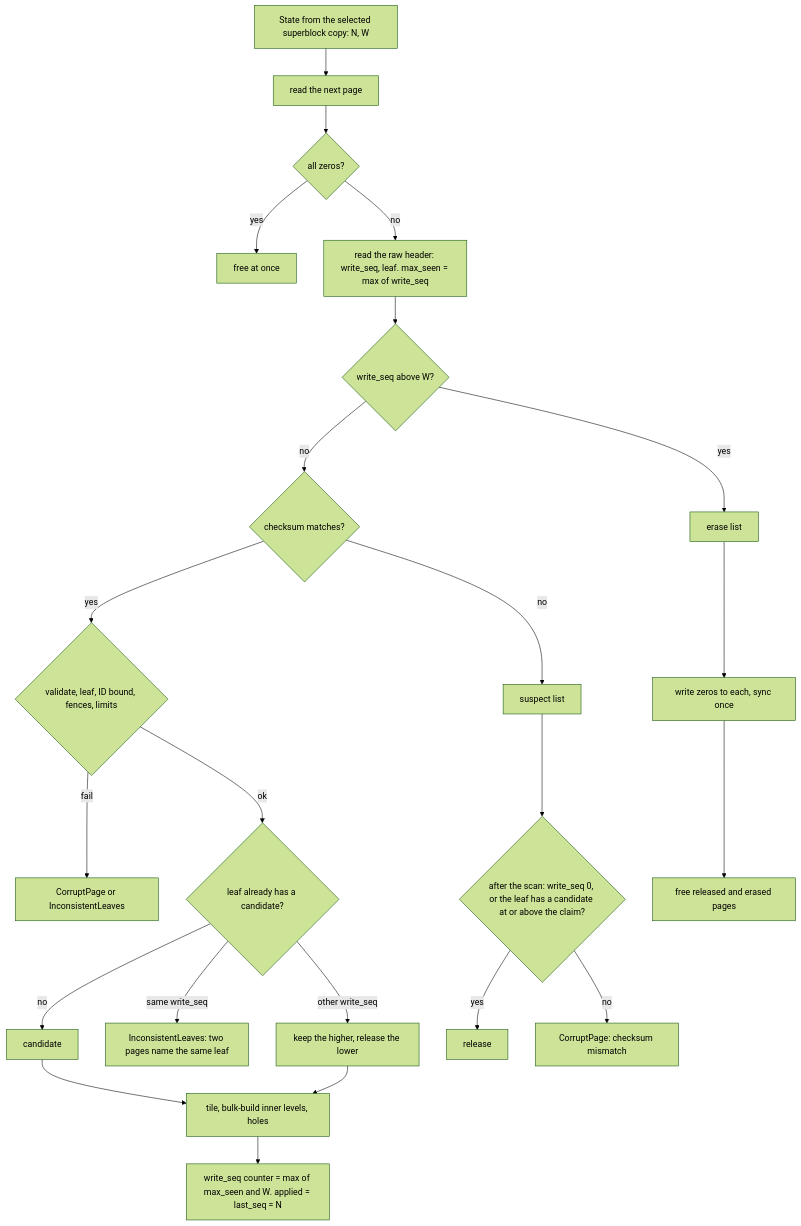
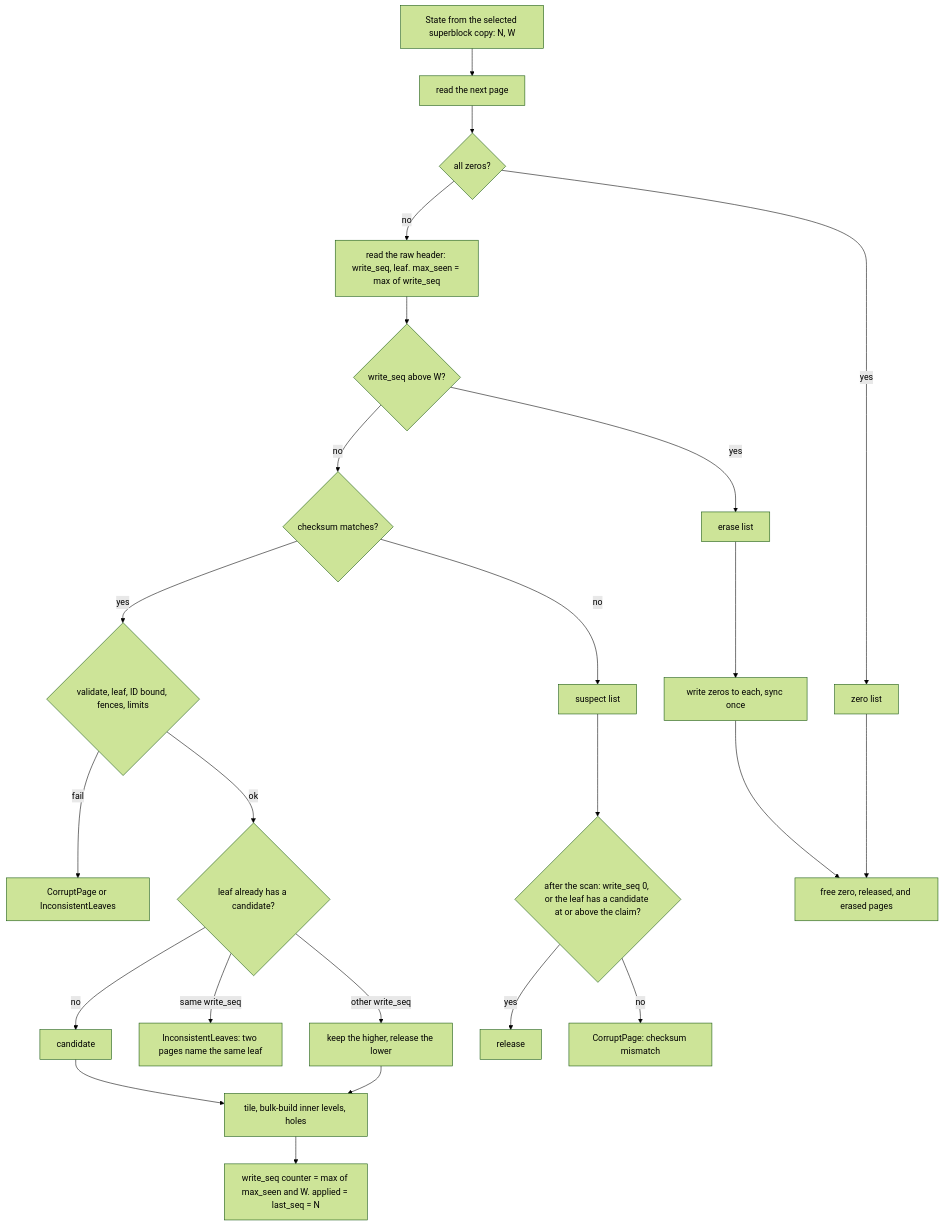
One commit to raydatray/peppydb changed the third of 5 diagrams in docs/design/bf-tree-persistence.md. Above: the diagram before and after it, drawn with Mermaid (forest theme). The commit also changed other lines of this file and 11 other files, not shown here.

````diff
--- a/docs/design/bf-tree-persistence.md
+++ b/docs/design/bf-tree-persistence.md
@@ -765,25 +811,26 @@
 ```mermaid
 flowchart TD
     A["State from the selected superblock copy: N, W"] --> B[read the next page]
     B --> Z{all zeros?}
-    Z -->|yes| F0["free at once"]
+    Z -->|yes| F0["zero list"]
     Z -->|no| H["read the raw header: write_seq, leaf. max_seen = max of write_seq"]
     H --> W1{"write_seq above W?"}
     W1 -->|yes| X[erase list]
     W1 -->|no| K{checksum matches?}
     K -->|no| SU[suspect list]
     K -->|yes| V{"validate, leaf, ID bound, fences, limits"}
     V -->|fail| E1["CorruptPage or InconsistentLeaves"]
     V -->|ok| D{"leaf already has a candidate?"}
     D -->|no| C1[candidate]
     D -->|"same write_seq"| E2["InconsistentLeaves: two pages name the same leaf"]
     D -->|"other write_seq"| C2["keep the higher, release the lower"]
     SU --> SR{"after the scan: write_seq 0, or the leaf has a candidate at or above the claim?"}
     SR -->|yes| RL[release]
     SR -->|no| E3["CorruptPage: checksum mismatch"]
     X --> ER["write zeros to each, sync once"]
-    ER --> FR["free released and erased pages"]
+    ER --> FR["free zero, released, and erased pages"]
+    F0 --> FR
     C1 --> TL["tile, bulk-build inner levels, holes"]
     C2 --> TL
     TL --> RS["write_seq counter = max of max_seen and W. applied = last_seq = N"]
 ```
````
